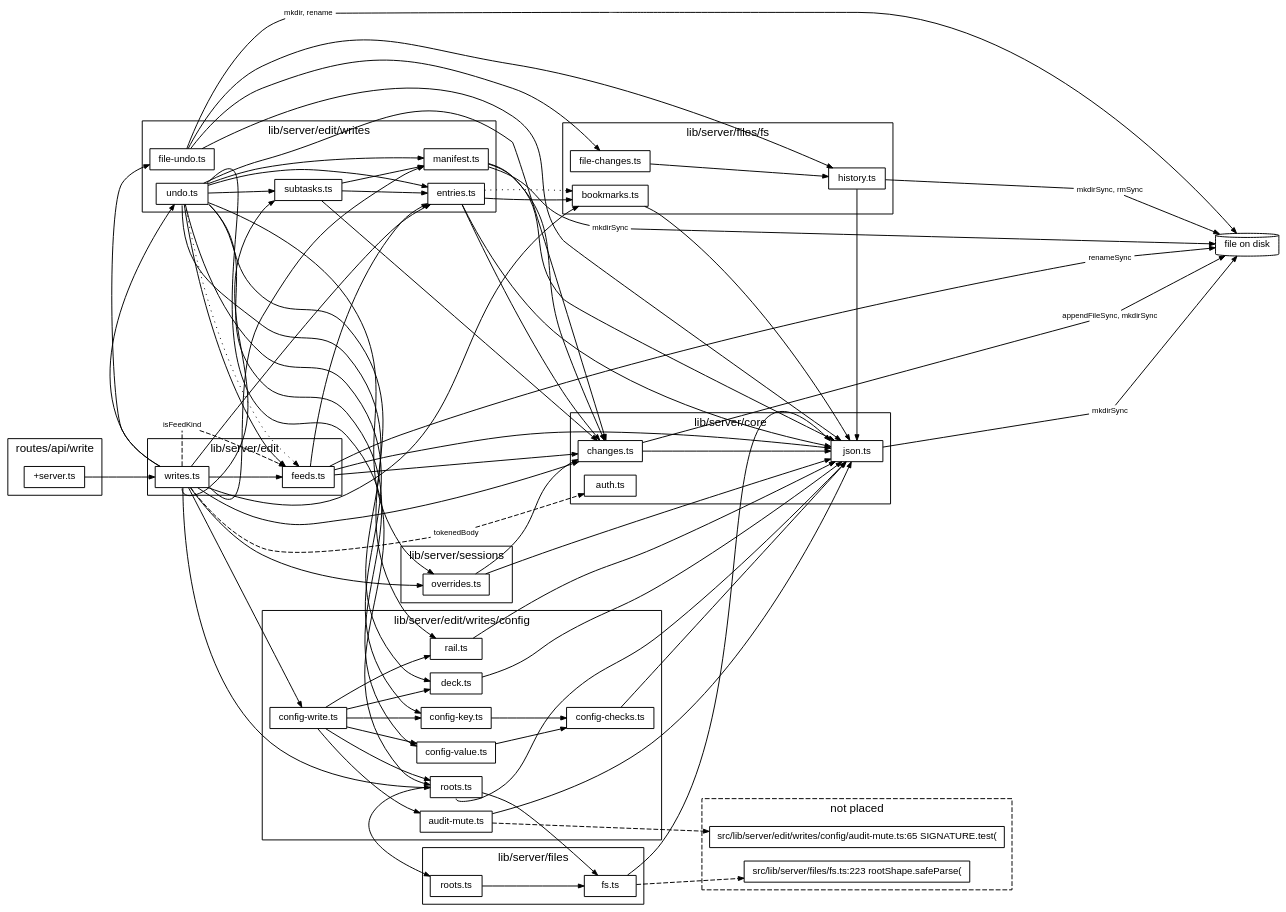
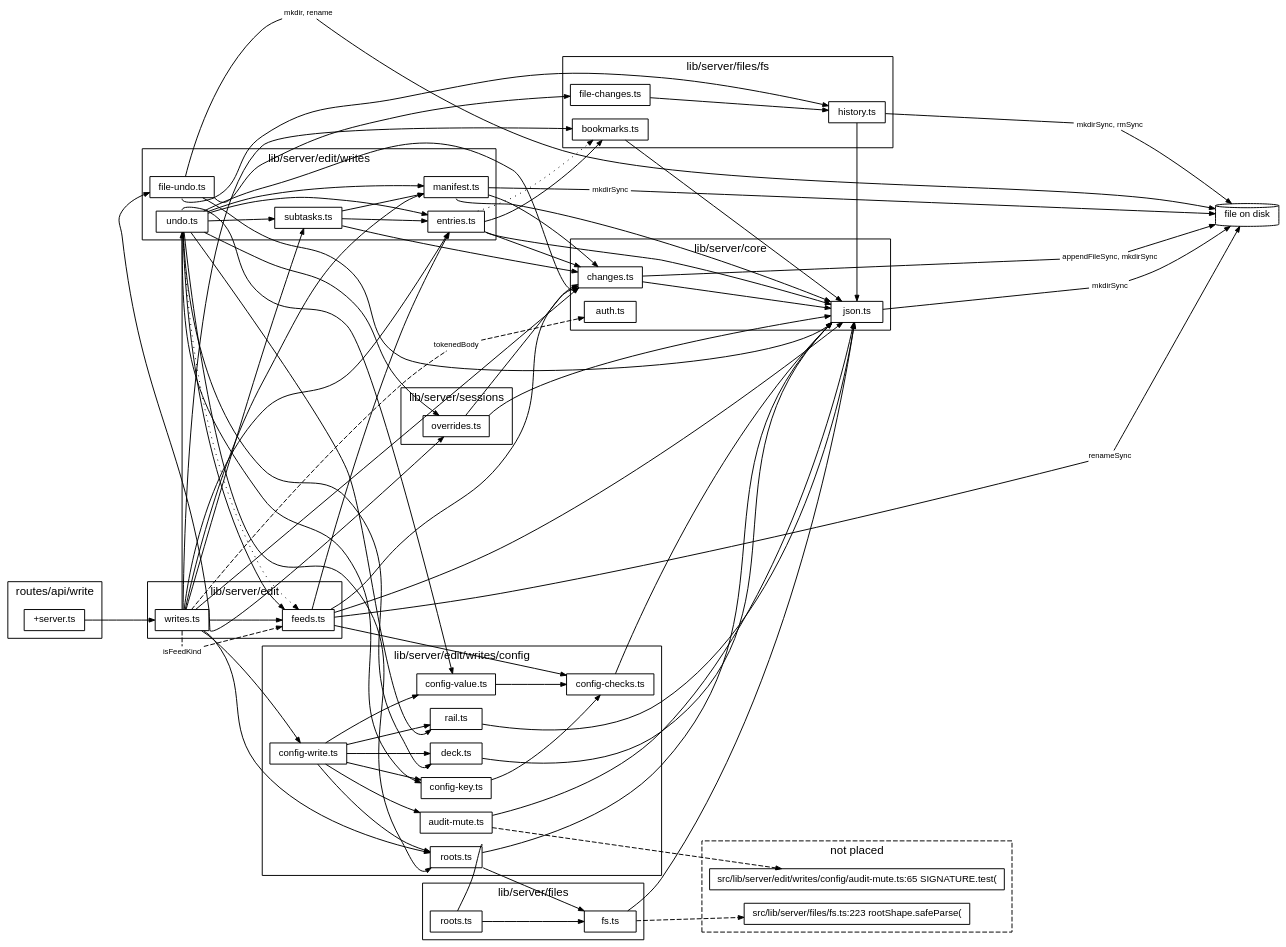
Before and after one commit to TheAxeC/oculus: the diagram in docs/diagrams/writes.dot, drawn with Graphviz. The commit also changed 86 other files, not shown here.

```diff
--- a/docs/diagrams/writes.dot
+++ b/docs/diagrams/writes.dot
@@ -69,14 +69,16 @@
     "lib/server/edit/feeds.ts to file on disk (calls)" -> "file on disk" [];
     "lib/server/edit/feeds.ts" -> "lib/server/core/changes.ts" [tooltip="plain"];
     "lib/server/edit/feeds.ts" -> "lib/server/core/json.ts" [tooltip="writeTextAtomic"];
+    "lib/server/edit/feeds.ts" -> "lib/server/edit/writes/config/config-checks.ts" [tooltip="replacedText"];
     "lib/server/edit/feeds.ts" -> "lib/server/edit/writes/entries.ts" [tooltip="saved"];
     "lib/server/edit/writes.ts to lib/server/core/auth.ts (refuses)" [label="tokenedBody", shape=box, color="transparent", fontsize=8, width=0, height=0, margin="0.04,0.02"];
     "lib/server/edit/writes.ts" -> "lib/server/edit/writes.ts to lib/server/core/auth.ts (refuses)" [arrowhead=none, style=dashed];
     "lib/server/edit/writes.ts to lib/server/core/auth.ts (refuses)" -> "lib/server/core/auth.ts" [style=dashed];
-    "lib/server/edit/writes.ts" -> "lib/server/core/changes.ts" [tooltip="changeAt, defaultChangesPath, logChanges
+    "lib/server/edit/writes.ts" -> "lib/server/core/changes.ts" [headport=sw, tooltip="changeAt, defaultChangesPath, logChanges
 pathOf"];
-    "lib/server/edit/writes.ts" -> "lib/server/edit/feeds.ts" [tooltip="addLead, addLinkedinIdea, deleteFeedEntry
-markLinkedinPosted, writeFeedField"];
+    "lib/server/edit/writes.ts" -> "lib/server/edit/feeds.ts" [tooltip="addLead, addLinkedinIdea, addRadarEntry
+deleteFeedEntry, markLinkedinPosted, radarBucketKeys
+writeFeedField"];
     "lib/server/edit/writes.ts to lib/server/edit/feeds.ts (refuses)" [label="isFeedKind", shape=box, color="transparent", fontsize=8, width=0, height=0, margin="0.04,0.02"];
     "lib/server/edit/writes.ts" -> "lib/server/edit/writes.ts to lib/server/edit/feeds.ts (refuses)" [arrowhead=none, style=dashed];
     "lib/server/edit/writes.ts to lib/server/edit/feeds.ts (refuses)" -> "lib/server/edit/feeds.ts" [style=dashed];
@@ -84,16 +86,16 @@
     "lib/server/edit/writes.ts" -> "lib/server/edit/writes/config/roots.ts" [tooltip="rootsHeldIn"];
     "lib/server/edit/writes.ts" -> "lib/server/edit/writes/entries.ts" [tooltip="createEntry, removeEntry, reorderCollection
 writeEntry"];
-    "lib/server/edit/writes.ts" -> "lib/server/edit/writes/file-undo.ts" [tooltip="filesTargetOf, undoFiles"];
-    "lib/server/edit/writes.ts" -> "lib/server/edit/writes/manifest.ts" [tailport=se, tooltip="createIdea, writeManifest"];
-    "lib/server/edit/writes.ts" -> "lib/server/edit/writes/subtasks.ts" [tailport=s, tooltip="careerRules, writeHost, writeSubtask
+    "lib/server/edit/writes.ts" -> "lib/server/edit/writes/file-undo.ts" [tailport=se, tooltip="filesTargetOf, undoFiles"];
+    "lib/server/edit/writes.ts" -> "lib/server/edit/writes/manifest.ts" [tooltip="createIdea, writeManifest"];
+    "lib/server/edit/writes.ts" -> "lib/server/edit/writes/subtasks.ts" [tooltip="careerRules, writeHost, writeSubtask
 writeSubtaskAdd"];
     "lib/server/edit/writes.ts" -> "lib/server/edit/writes/undo.ts" [tooltip="undoChange"];
     "lib/server/edit/writes.ts" -> "lib/server/files/fs/bookmarks.ts" [tooltip="defaultBookmarksPath"];
-    "lib/server/edit/writes.ts" -> "lib/server/sessions/overrides.ts" [tooltip="setFlag, setOverride"];
+    "lib/server/edit/writes.ts" -> "lib/server/sessions/overrides.ts" [tailport=se, tooltip="setFlag, setOverride"];
     "lib/server/edit/writes/config/audit-mute.ts" -> "? src/lib/server/edit/writes/config/audit-mute.ts:65" [style=dashed];
     "lib/server/edit/writes/config/audit-mute.ts" -> "lib/server/core/json.ts" [tooltip="writeTextAtomic"];
-    "lib/server/edit/writes/config/config-checks.ts" -> "lib/server/core/json.ts" [tooltip="writeTextAtomic"];
+    "lib/server/edit/writes/config/config-checks.ts" -> "lib/server/core/json.ts" [headport=sw, tooltip="writeTextAtomic"];
     "lib/server/edit/writes/config/config-key.ts" -> "lib/server/edit/writes/config/config-checks.ts" [tooltip="kept, optionNow, optionOf
 refusedBy, refusing, written"];
     "lib/server/edit/writes/config/config-value.ts" -> "lib/server/edit/writes/config/config-checks.ts" [tooltip="kept, optionNow, optionOf
@@ -104,40 +106,40 @@
     "lib/server/edit/writes/config/config-write.ts" -> "lib/server/edit/writes/config/deck.ts" [tooltip="writeDeck"];
     "lib/server/edit/writes/config/config-write.ts" -> "lib/server/edit/writes/config/rail.ts" [tooltip="writeRail"];
     "lib/server/edit/writes/config/config-write.ts" -> "lib/server/edit/writes/config/roots.ts" [tooltip="addRootTo, removeRootFrom"];
-    "lib/server/edit/writes/config/deck.ts" -> "lib/server/core/json.ts" [tooltip="writeTextAtomic"];
+    "lib/server/edit/writes/config/deck.ts" -> "lib/server/core/json.ts" [headport=sw, tooltip="writeTextAtomic"];
     "lib/server/edit/writes/config/rail.ts" -> "lib/server/core/json.ts" [tooltip="writeTextAtomic"];
-    "lib/server/edit/writes/config/roots.ts" -> "lib/server/core/json.ts" [tailport=s, tooltip="writeTextAtomic"];
-    "lib/server/edit/writes/config/roots.ts" -> "lib/server/files/fs.ts" [tooltip="defaultWorkspacesPath, folderToAdd, rootKey"];
-    "lib/server/edit/writes/config/roots.ts" -> "lib/server/files/roots.ts" [tooltip="browserRoots"];
+    "lib/server/edit/writes/config/roots.ts" -> "lib/server/core/json.ts" [headport=sw, tooltip="writeTextAtomic"];
+    "lib/server/edit/writes/config/roots.ts" -> "lib/server/files/fs.ts" [tailport=se, tooltip="defaultWorkspacesPath, folderToAdd, rootKey"];
+    "lib/server/edit/writes/config/roots.ts" -> "lib/server/files/roots.ts" [tailport=ne, tooltip="browserRoots"];
     "lib/server/edit/writes/entries.ts" -> "lib/server/core/changes.ts" [tooltip="plain"];
-    "lib/server/edit/writes/entries.ts" -> "lib/server/core/json.ts" [tooltip="writeTextAtomic"];
+    "lib/server/edit/writes/entries.ts" -> "lib/server/core/json.ts" [tailport=se, tooltip="writeTextAtomic"];
     "lib/server/edit/writes/entries.ts" -> "lib/server/files/fs/bookmarks.ts" [tooltip="ensureBookmarksFile"];
     "lib/server/edit/writes/entries.ts" -> "lib/server/files/fs/bookmarks.ts" [tooltip="BOOKMARKS", style=dotted];
     "lib/server/edit/writes/file-undo.ts to file on disk (calls)" [label="mkdir, rename", shape=box, color="transparent", fontsize=8, width=0, height=0, margin="0.04,0.02"];
     "lib/server/edit/writes/file-undo.ts" -> "lib/server/edit/writes/file-undo.ts to file on disk (calls)" [arrowhead=none];
     "lib/server/edit/writes/file-undo.ts to file on disk (calls)" -> "file on disk" [];
-    "lib/server/edit/writes/file-undo.ts" -> "lib/server/core/json.ts" [tooltip="chained"];
-    "lib/server/edit/writes/file-undo.ts" -> "lib/server/files/fs/file-changes.ts" [tooltip="holds, recordOf, stampKept
+    "lib/server/edit/writes/file-undo.ts" -> "lib/server/core/json.ts" [headport=sw, tooltip="chained"];
+    "lib/server/edit/writes/file-undo.ts" -> "lib/server/files/fs/file-changes.ts" [tailport=se, tooltip="holds, recordOf, stampKept
 stampOf"];
-    "lib/server/edit/writes/file-undo.ts" -> "lib/server/files/fs/history.ts" [tooltip="defaultHistoryDir, keepCopy, readCopy
+    "lib/server/edit/writes/file-undo.ts" -> "lib/server/files/fs/history.ts" [tailport=s, tooltip="defaultHistoryDir, keepCopy, readCopy
 restoreCopy"];
     "lib/server/edit/writes/manifest.ts to file on disk (calls)" [label="mkdirSync", shape=box, color="transparent", fontsize=8, width=0, height=0, margin="0.04,0.02"];
     "lib/server/edit/writes/manifest.ts" -> "lib/server/edit/writes/manifest.ts to file on disk (calls)" [arrowhead=none];
     "lib/server/edit/writes/manifest.ts to file on disk (calls)" -> "file on disk" [];
     "lib/server/edit/writes/manifest.ts" -> "lib/server/core/changes.ts" [tooltip="plain"];
-    "lib/server/edit/writes/manifest.ts" -> "lib/server/core/json.ts" [tooltip="writeTextAtomic"];
+    "lib/server/edit/writes/manifest.ts" -> "lib/server/core/json.ts" [tailport=s, tooltip="writeTextAtomic"];
     "lib/server/edit/writes/subtasks.ts" -> "lib/server/core/changes.ts" [tooltip="plain"];
     "lib/server/edit/writes/subtasks.ts" -> "lib/server/edit/writes/entries.ts" [tooltip="identityOf, readCollection, saved"];
     "lib/server/edit/writes/subtasks.ts" -> "lib/server/edit/writes/manifest.ts" [tooltip="insideHub"];
-    "lib/server/edit/writes/undo.ts" -> "lib/server/core/changes.ts" [tooltip="same"];
+    "lib/server/edit/writes/undo.ts" -> "lib/server/core/changes.ts" [headport=sw, tooltip="same"];
     "lib/server/edit/writes/undo.ts" -> "lib/server/edit/feeds.ts" [tooltip="deleteFeedEntry, isFeedKind, readFeedFile
-restoreFeedEntry, writeFeedField"];
+removeRadarEntry, restoreFeedEntry, writeFeedField"];
     "lib/server/edit/writes/undo.ts" -> "lib/server/edit/feeds.ts" [tooltip="FEED_RULES", style=dotted];
-    "lib/server/edit/writes/undo.ts" -> "lib/server/edit/writes/config/config-key.ts" [tooltip="configKeyNow, writeConfigKey"];
-    "lib/server/edit/writes/undo.ts" -> "lib/server/edit/writes/config/config-value.ts" [tailport=se, tooltip="configValueNow, putBackConfigValue, writeConfigValue"];
-    "lib/server/edit/writes/undo.ts" -> "lib/server/edit/writes/config/deck.ts" [tailport=s, tooltip="deckNow, writeDeck"];
-    "lib/server/edit/writes/undo.ts" -> "lib/server/edit/writes/config/rail.ts" [tailport=se, tooltip="railNow, writeRail"];
-    "lib/server/edit/writes/undo.ts" -> "lib/server/edit/writes/config/roots.ts" [tailport=ne, tooltip="rootsNow, writeRoots"];
+    "lib/server/edit/writes/undo.ts" -> "lib/server/edit/writes/config/config-key.ts" [tailport=s, tooltip="configKeyNow, writeConfigKey"];
+    "lib/server/edit/writes/undo.ts" -> "lib/server/edit/writes/config/config-value.ts" [tailport=n, tooltip="configValueNow, putBackConfigValue, writeConfigValue"];
+    "lib/server/edit/writes/undo.ts" -> "lib/server/edit/writes/config/deck.ts" [headport=sw, tooltip="deckNow, writeDeck"];
+    "lib/server/edit/writes/undo.ts" -> "lib/server/edit/writes/config/rail.ts" [headport=sw, tooltip="railNow, writeRail"];
+    "lib/server/edit/writes/undo.ts" -> "lib/server/edit/writes/config/roots.ts" [headport=sw, tooltip="rootsNow, writeRoots"];
     "lib/server/edit/writes/undo.ts" -> "lib/server/edit/writes/entries.ts" [tooltip="createEntry, entryOf, idOfIdentity
 identityOrder, readCollection, removeEntry
 reorderCollection, writeEntry"];
@@ -146,7 +148,7 @@
 writeHost, writeSubtask, writeSubtaskAdd"];
     "lib/server/edit/writes/undo.ts" -> "lib/server/sessions/overrides.ts" [tooltip="overrides, setFlag, setOverride"];
     "lib/server/files/fs.ts" -> "? src/lib/server/files/fs.ts:223" [style=dashed];
-    "lib/server/files/fs.ts" -> "lib/server/core/json.ts" [headport=nw, tooltip="readJson"];
+    "lib/server/files/fs.ts" -> "lib/server/core/json.ts" [tooltip="readJson"];
     "lib/server/files/fs/bookmarks.ts" -> "lib/server/core/json.ts" [tooltip="writeTextAtomic"];
     "lib/server/files/fs/file-changes.ts" -> "lib/server/files/fs/history.ts" [tooltip="keepCopy"];
     "lib/server/files/fs/history.ts to file on disk (calls)" [label="mkdirSync, rmSync", shape=box, color="transparent", fontsize=8, width=0, height=0, margin="0.04,0.02"];
@@ -155,6 +157,6 @@
     "lib/server/files/fs/history.ts" -> "lib/server/core/json.ts" [tooltip="writeBytesAtomic, writeTextAtomic"];
     "lib/server/files/roots.ts" -> "lib/server/files/fs.ts" [tooltip="defaultWorkspacesPath, readSaved"];
     "lib/server/sessions/overrides.ts" -> "lib/server/core/changes.ts" [tooltip="plain"];
-    "lib/server/sessions/overrides.ts" -> "lib/server/core/json.ts" [tooltip="readJson, readJsonChecked, writeJsonAtomic"];
+    "lib/server/sessions/overrides.ts" -> "lib/server/core/json.ts" [tailport=ne, tooltip="readJson, readJsonChecked, writeJsonAtomic"];
     "routes/api/write/+server.ts" -> "lib/server/edit/writes.ts" [tooltip="handleWrite, target"];
 }
```
